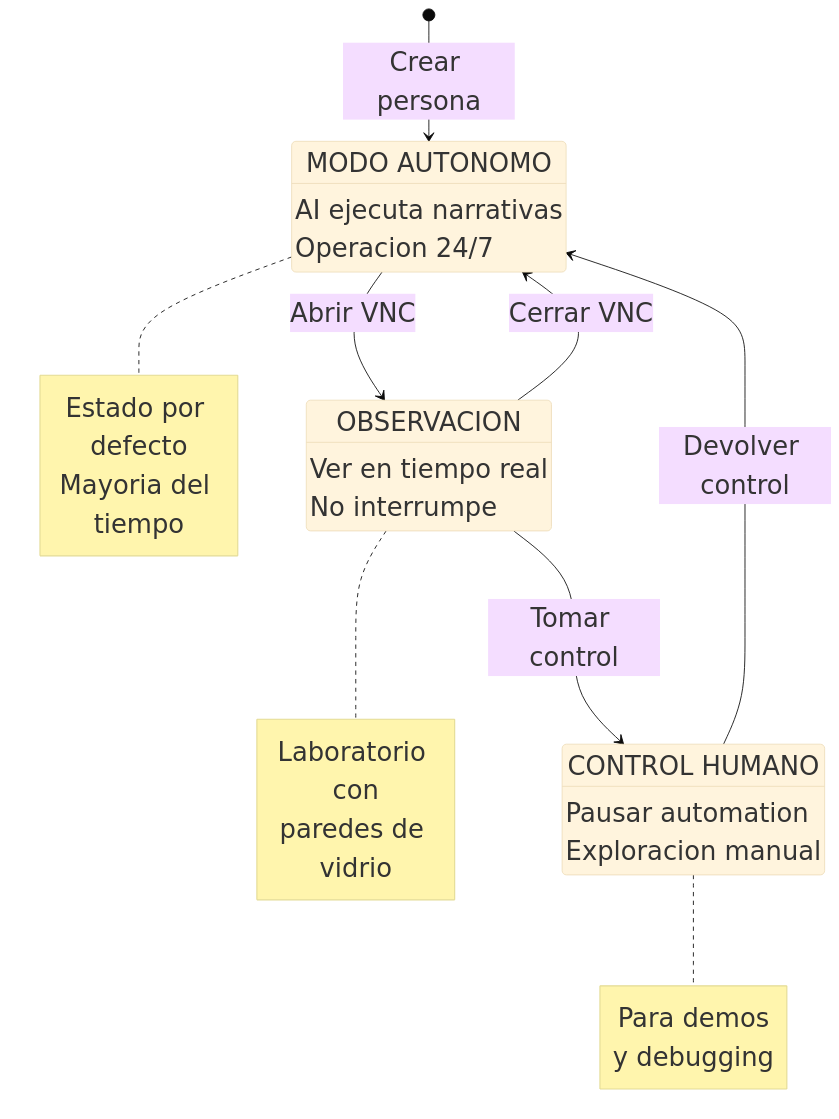
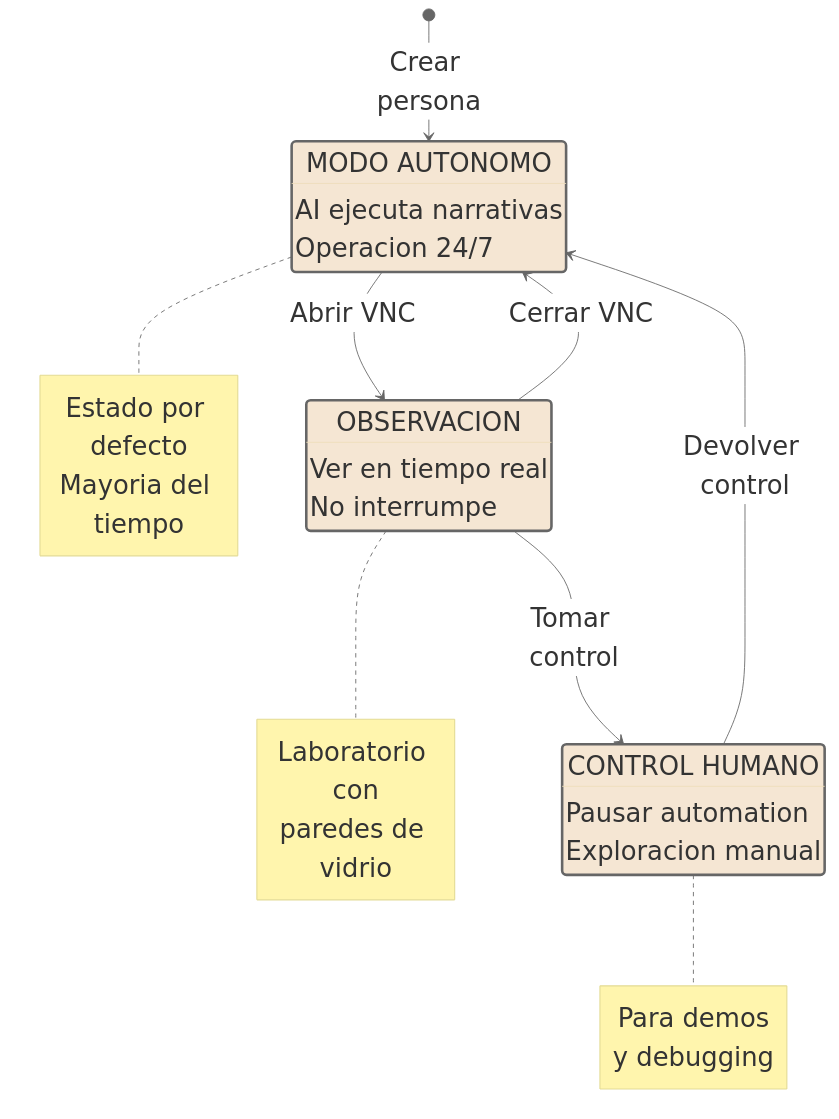
Before and after one commit to SeenkaMedia/persona: the diagram in docs/presentation/visuals/04_vnc_control.mmd, drawn with Mermaid. The commit also changed 11 other files, not shown here.

```diff
--- a/docs/presentation/visuals/04_vnc_control.mmd
+++ b/docs/presentation/visuals/04_vnc_control.mmd
@@ -1,38 +1,42 @@
-%%{init: {'theme':'base', 'themeVariables': { 'fontSize':'30px', 'fontFamily':'Lato, sans-serif'}}}%%
+%%{init: {'theme':'base', 'themeVariables': { 'fontSize':'30px', 'fontFamily':'Lato, sans-serif', 'lineColor':'#666666', 'edgeLabelBackground':'#ffffff', 'clusterBkg':'#E8EAED', 'defaultLinkColor':'#666666'}, 'flowchart': {'curve': 'basis'}, 'stateDiagram': {'lineWidth': 5}}}%%
 
 stateDiagram-v2
     [*] --> Autonomous: Crear persona
 
     Autonomous: MODO AUTONOMO
     Autonomous: AI ejecuta narrativas
     Autonomous: Operacion 24/7
 
     Autonomous --> Observing: Abrir VNC
 
     Observing: OBSERVACION
     Observing: Ver en tiempo real
     Observing: No interrumpe
 
     Observing --> Autonomous: Cerrar VNC
     Observing --> Controlling: Tomar control
 
     Controlling: CONTROL HUMANO
     Controlling: Pausar automation
     Controlling: Exploracion manual
 
     Controlling --> Autonomous: Devolver control
 
     note right of Autonomous
         Estado por defecto
         Mayoria del tiempo
     end note
 
     note right of Observing
         Laboratorio con
         paredes de vidrio
     end note
 
     note right of Controlling
         Para demos
         y debugging
     end note
+
+    style Autonomous fill:#F5E6D3,stroke:#666666,stroke-width:3px
+    style Observing fill:#F5E6D3,stroke:#666666,stroke-width:3px
+    style Controlling fill:#F5E6D3,stroke:#666666,stroke-width:3px
```
